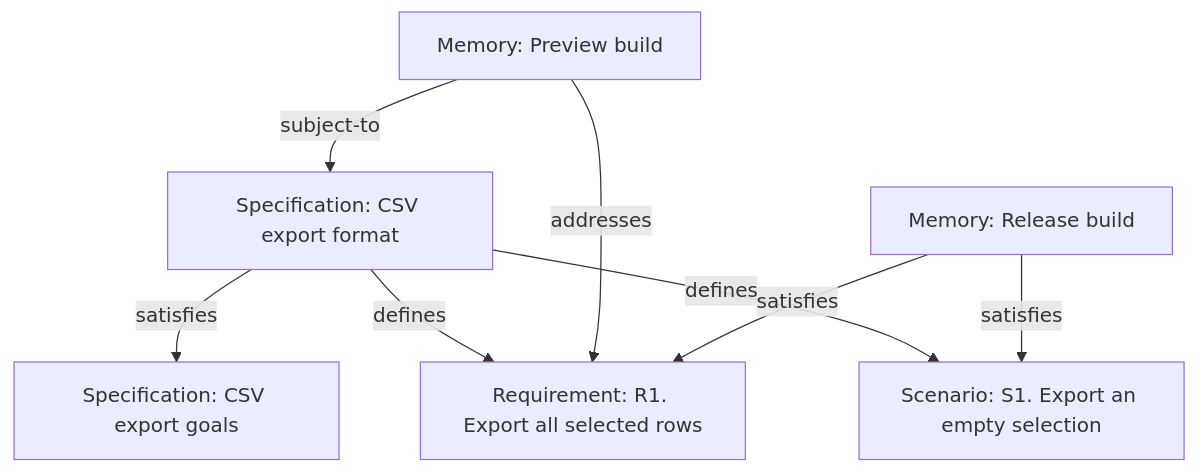
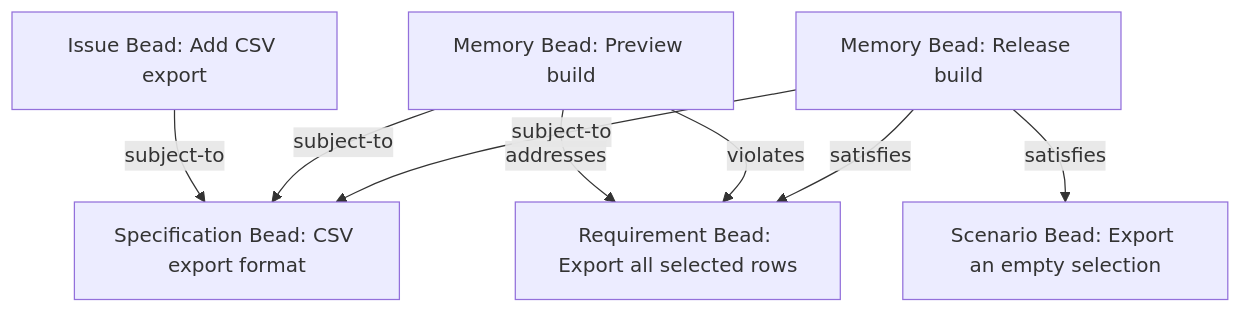
One commit to gastownhall/bdp changed the third of 7 diagrams in specs/types/memory/memory.md. Above: the diagram before and after it, drawn with Mermaid. The commit also changed other lines of this file and 5 other files, not shown here.

````diff
--- a/specs/types/memory/memory.md
+++ b/specs/types/memory/memory.md
@@ -42,16 +93,16 @@
 ```mermaid
 flowchart TD
-    G["Specification: CSV export goals"]
-    S["Specification: CSV export format"]
-    R["Requirement: R1. Export all selected rows"]
-    C["Scenario: S1. Export an empty selection"]
-    A["Memory: Preview build"]
-    B["Memory: Release build"]
-    S -->|satisfies| G
-    S -->|defines| R
-    S -->|defines| C
+    I["Issue Bead: Add CSV export"]
+    S["Specification Bead: CSV export format"]
+    R["Requirement Bead: Export all selected rows"]
+    C["Scenario Bead: Export an empty selection"]
+    A["Memory Bead: Preview build"]
+    B["Memory Bead: Release build"]
+    I -->|subject-to| S
     A -->|subject-to| S
+    B -->|subject-to| S
     A -->|addresses| R
+    A -->|violates| R
     B -->|satisfies| R
     B -->|satisfies| C
 ```
````
